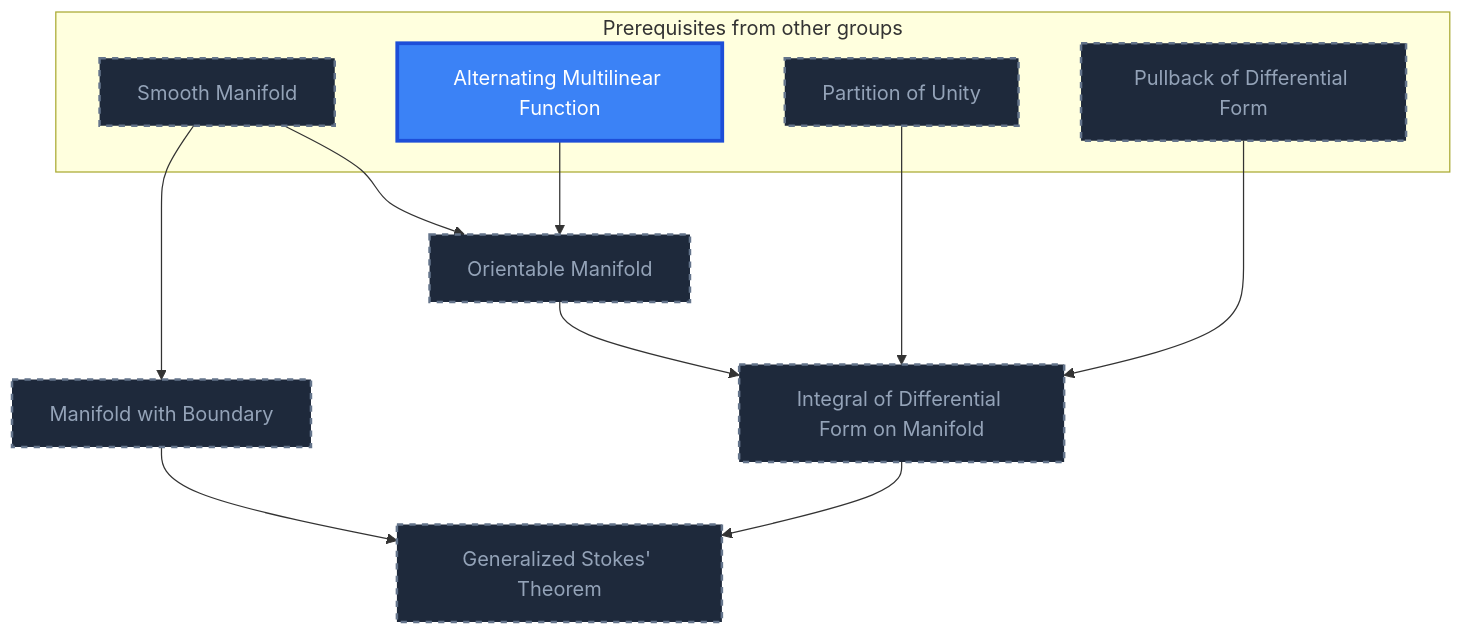
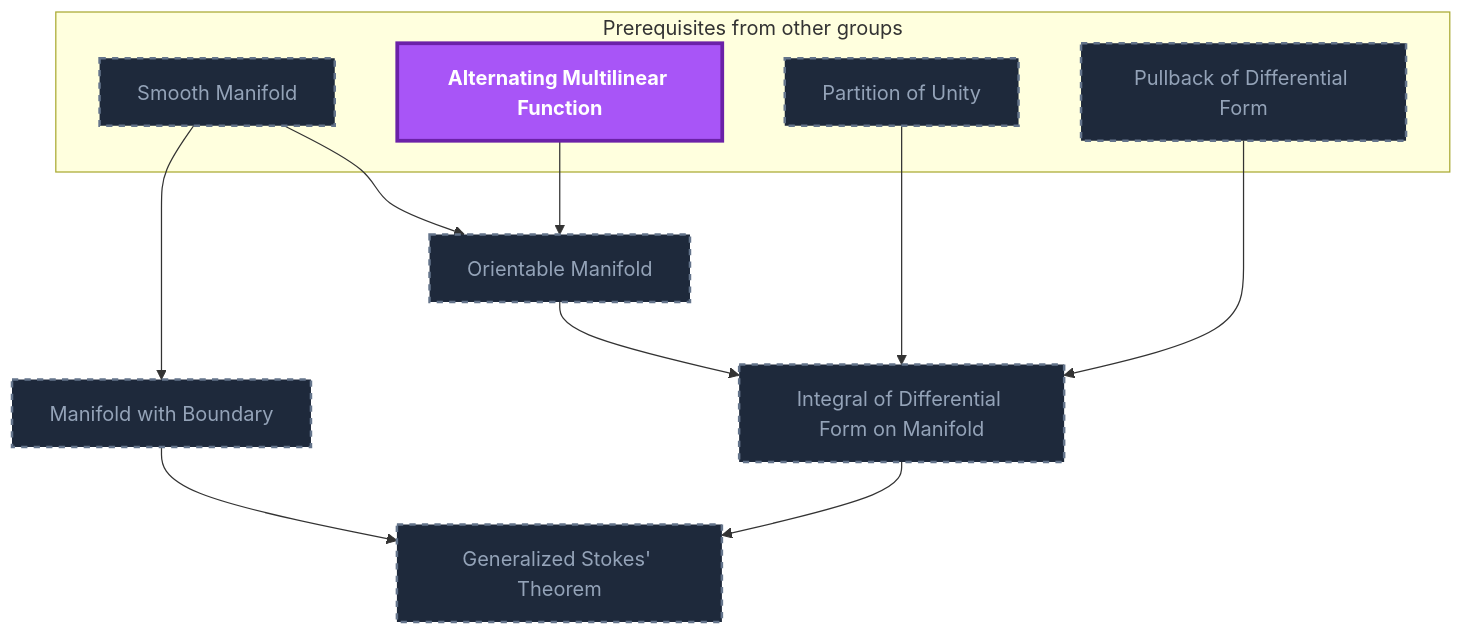
Before and after one commit to MRauf1/My-Notes: diagram 17 of 21 in Gamification/Skill Trees/Differential Geometry.md, drawn with Mermaid. The commit also changed other lines of this file and 73 other files, not shown here.

````diff
--- a/Gamification/Skill Trees/Differential Geometry.md
+++ b/Gamification/Skill Trees/Differential Geometry.md
@@ -1178,33 +1178,33 @@
 ```mermaid
 flowchart TD
     classDef planned fill:#1E293B,stroke:#64748B,stroke-width:2px,stroke-dasharray:5 5,color:#94A3B8;
     classDef locked fill:#334155,stroke:#475569,stroke-width:2px,color:#94A3B8;
     classDef L0 fill:#F1F5F9,stroke:#94A3B8,stroke-width:2px,color:#000000;
     classDef L1 fill:#22C55E,stroke:#15803D,stroke-width:2px,color:#000000;
     classDef L2 fill:#3B82F6,stroke:#1D4ED8,stroke-width:3px,color:#FFFFFF;
     classDef L3 fill:#A855F7,stroke:#6B21A8,stroke-width:3px,color:#FFFFFF,font-weight:bold;
     classDef L4 fill:#F97316,stroke:#C2410C,stroke-width:4px,color:#000000,font-weight:bold;
     classDef L5 fill:#FFD700,stroke:#FF8C00,stroke-width:5px,color:#000000,font-weight:bold;
     classDef rusty stroke:#8B4513,stroke-width:4px,stroke-dasharray:3 3;
     subgraph sg_prereqs["Prerequisites from other groups"]
         n_smooth_manifold["Smooth Manifold"]
         n_alternating_multilinear_function["Alternating Multilinear Function"]
         n_partition_of_unity["Partition of Unity"]
         n_pullback_of_differential_form["Pullback of Differential Form"]
     end
     n_orientable_manifold["Orientable Manifold"]
     n_manifold_with_boundary["Manifold with Boundary"]
     n_integral_of_differential_form_on_manifold["Integral of Differential Form on Manifold"]
     n_generalized_stokes_theorem["Generalized Stokes' Theorem"]
     n_smooth_manifold --> n_orientable_manifold
     n_alternating_multilinear_function --> n_orientable_manifold
     n_smooth_manifold --> n_manifold_with_boundary
     n_orientable_manifold --> n_integral_of_differential_form_on_manifold
     n_partition_of_unity --> n_integral_of_differential_form_on_manifold
     n_pullback_of_differential_form --> n_integral_of_differential_form_on_manifold
     n_integral_of_differential_form_on_manifold --> n_generalized_stokes_theorem
     n_manifold_with_boundary --> n_generalized_stokes_theorem
     class n_smooth_manifold,n_partition_of_unity,n_pullback_of_differential_form,n_orientable_manifold,n_manifold_with_boundary,n_integral_of_differential_form_on_manifold,n_generalized_stokes_theorem planned;
-    class n_alternating_multilinear_function L2;
+    class n_alternating_multilinear_function L3;
     class n_alternating_multilinear_function internal-link;
 ```
````
